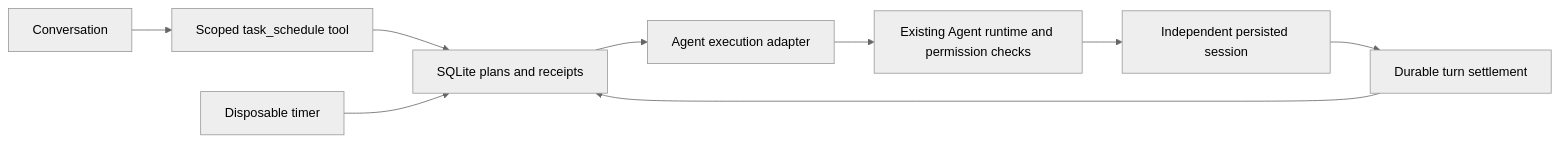
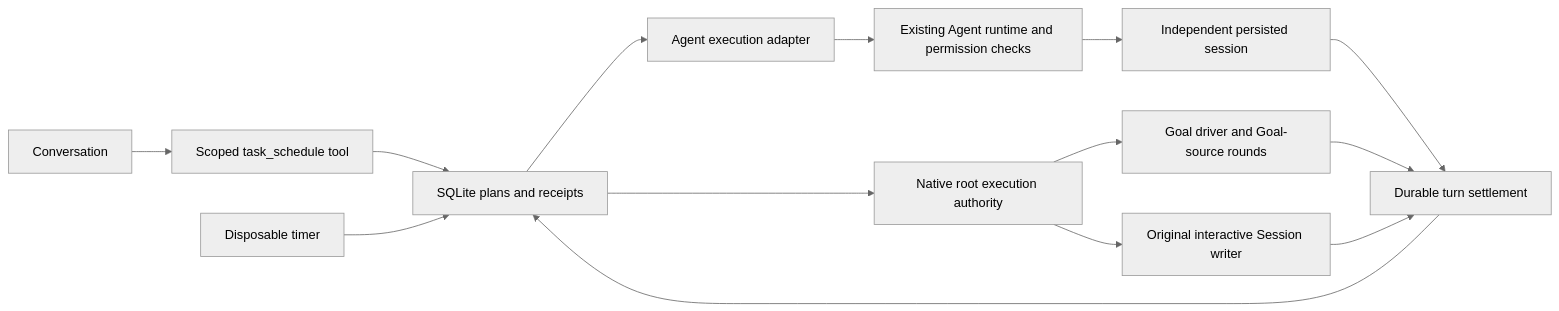
Before and after one commit to Little-Red-Cre-Org/RedSparkHarness: the diagram in rsh/Modules/Official/automation/task-scheduler/README.md, drawn with Mermaid (neutral theme). The commit also changed other lines of this file and 20 other files, not shown here.

Commit message:
refactor(rsh): authenticate native goal scheduling and persist reminders

````diff
--- a/rsh/Modules/Official/automation/task-scheduler/README.md
+++ b/rsh/Modules/Official/automation/task-scheduler/README.md
@@ -94,11 +94,16 @@
 ```mermaid
 flowchart LR
   User[Conversation] --> Tool[Scoped task_schedule tool]
   Tool --> Store[SQLite plans and receipts]
   Timer[Disposable timer] --> Store
   Store --> Adapter[Agent execution adapter]
   Adapter --> Runtime[Existing Agent runtime and permission checks]
   Runtime --> Session[Independent persisted session]
   Session --> Receipt[Durable turn settlement]
   Receipt --> Store
+  Store --> Root[Native root execution authority]
+  Root --> Goal[Goal driver and Goal-source rounds]
+  Root --> Reminder[Original interactive Session writer]
+  Goal --> Receipt
+  Reminder --> Receipt
 ```
````
